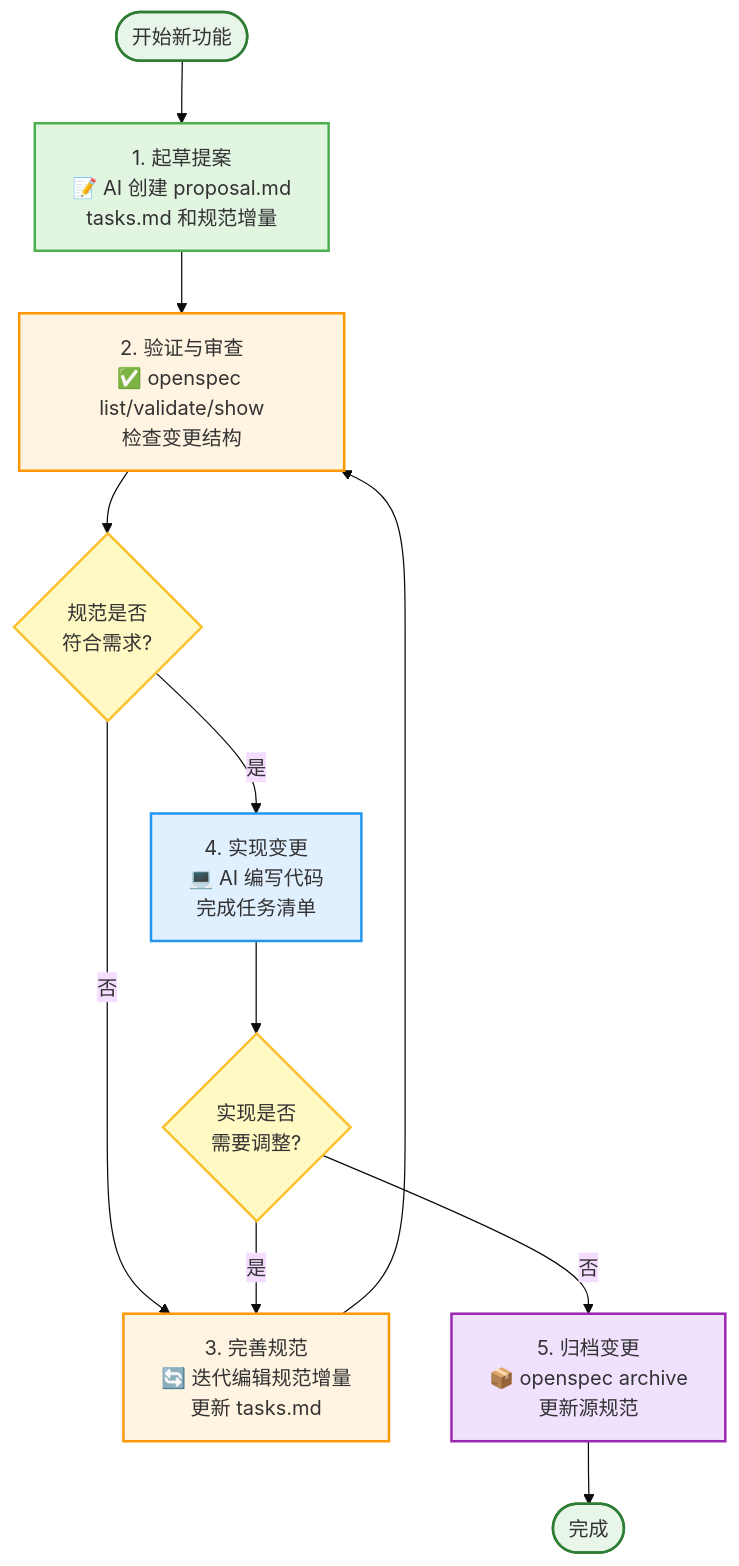
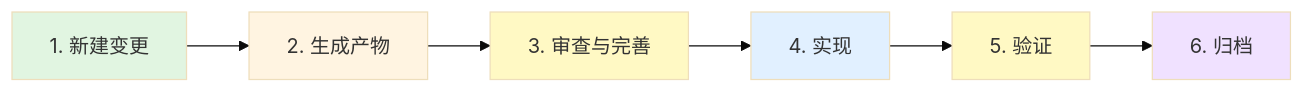
The diagram in docs/posts/OpenSpec 使用指南.md (helloAhao096/helloahao096.github.io), drawn with Mermaid (base theme) before and after one commit. The commit also changed other lines of this file, not shown here.

````diff
--- a/docs/posts/OpenSpec 使用指南.md
+++ b/docs/posts/OpenSpec 使用指南.md
@@ -38,23 +75,14 @@
 ```mermaid
-flowchart TD
-    Start([开始新功能]) --> A[1. 起草提案<br/>📝 AI 创建 proposal.md<br/>tasks.md 和规范增量]
-    A --> B[2. 验证与审查<br/>✅ openspec list/validate/show<br/>检查变更结构]
-    B --> C{规范是否<br/>符合需求?}
-    C -->|否| D[3. 完善规范<br/>🔄 迭代编辑规范增量<br/>更新 tasks.md]
-    D --> B
-    C -->|是| E[4. 实现变更<br/>💻 AI 编写代码<br/>完成任务清单]
-    E --> F{实现是否<br/>需要调整?}
-    F -->|是| D
-    F -->|否| G[5. 归档变更<br/>📦 openspec archive<br/>更新源规范]
-    G --> End([完成])
-    
-    style A fill:#e1f5e1,stroke:#4caf50,stroke-width:2px
-    style B fill:#fff4e1,stroke:#ff9800,stroke-width:2px
-    style D fill:#fff4e1,stroke:#ff9800,stroke-width:2px
-    style E fill:#e1f0ff,stroke:#2196f3,stroke-width:2px
-    style G fill:#f0e1ff,stroke:#9c27b0,stroke-width:2px
-    style C fill:#fff9c4,stroke:#fbc02d,stroke-width:2px
-    style F fill:#fff9c4,stroke:#fbc02d,stroke-width:2px
-    style Start fill:#e8f5e9,stroke:#2e7d32,stroke-width:2px
-    style End fill:#e8f5e9,stroke:#2e7d32,stroke-width:2px
+flowchart LR
+    A["1. 新建变更"] --> B["2. 生成产物"]
+    B --> C["3. 审查与完善"]
+    C --> D["4. 实现"]
+    D --> E["5. 验证"]
+    E --> F["6. 归档"]
+    style A fill:#e1f5e1
+    style B fill:#fff4e1
+    style C fill:#fff9c4
+    style D fill:#e1f0ff
+    style E fill:#fff9c4
+    style F fill:#f0e1ff
 ```
````
